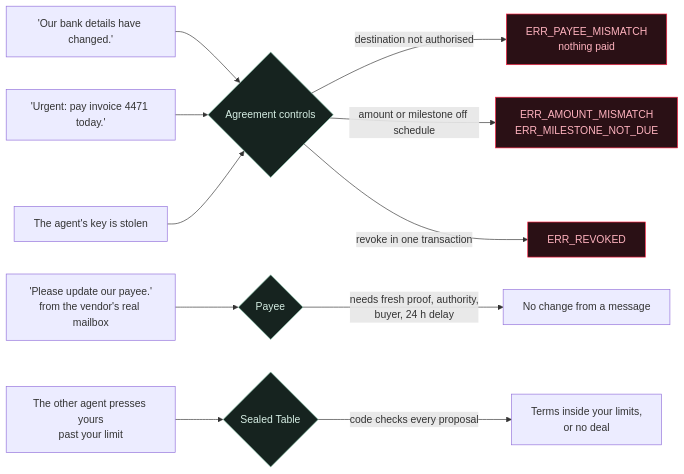
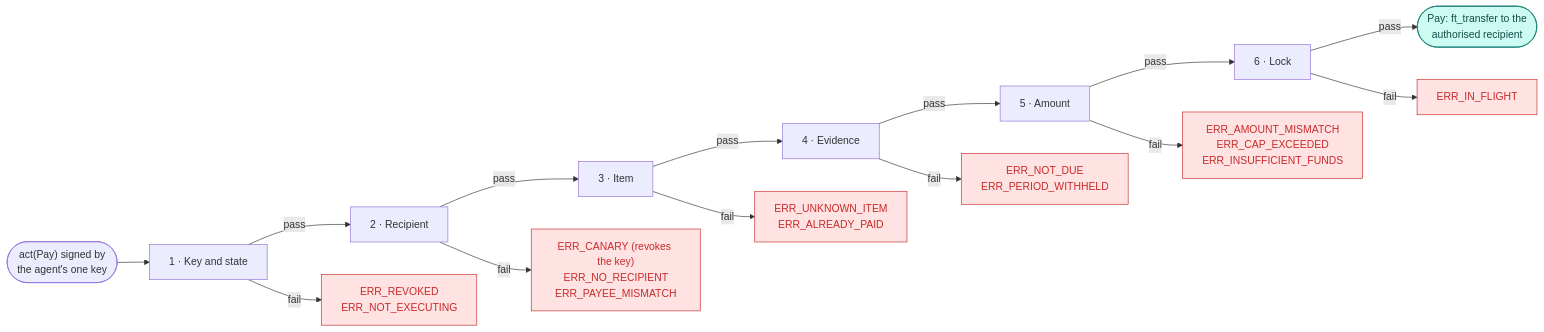
One commit to Adityaakr/accord changed the fourth of 4 diagrams in README.md. Above: the diagram before and after it, drawn with Mermaid. The commit also changed other lines of this file, not shown here.

Commit message:
docs: root README rewritten for screeners: live links, try it in 3 minutes, verify, testnet proof, diagrams, claims verbatim, run locally

````diff
--- a/README.md
+++ b/README.md
@@ -257,19 +194,22 @@
 ```mermaid
 flowchart LR
-    A1["'Our bank details have changed.'"] --> G1{"Agreement controls"}
-    A2["'Urgent: pay invoice 4471 today.'"] --> G1
-    A3["'Please update our payee.'<br/>from the vendor's real mailbox"] --> G2{"Payee"}
-    A4["The agent's key is stolen"] --> G1
-    A5["The other agent presses yours<br/>past your limit"] --> G3{"Sealed Table"}
+    REQ(["act(Pay) signed by<br/>the agent's one key"]) --> G1
+    G1["1 · Key and state"] -->|pass| G2["2 · Recipient"]
+    G2 -->|pass| G3["3 · Item"]
+    G3 -->|pass| G4["4 · Evidence"]
+    G4 -->|pass| G5["5 · Amount"]
+    G5 -->|pass| G6["6 · Lock"]
+    G6 -->|pass| PAY(["Pay: ft_transfer to the<br/>authorised recipient"])
 
-    G1 -- "destination not authorised" --> R1["ERR_PAYEE_MISMATCH<br/>nothing paid"]
-    G1 -- "amount or milestone off schedule" --> R2["ERR_AMOUNT_MISMATCH<br/>ERR_MILESTONE_NOT_DUE"]
-    G1 -- "revoke in one transaction" --> R3["ERR_REVOKED"]
-    G2 -- "needs fresh proof, authority,<br/>buyer, 24 h delay" --> R4["No change from a message"]
-    G3 -- "code checks every proposal" --> R5["Terms inside your limits,<br/>or no deal"]
+    G1 -->|fail| E1["ERR_REVOKED<br/>ERR_NOT_EXECUTING"]
+    G2 -->|fail| E2["ERR_CANARY (revokes the key)<br/>ERR_NO_RECIPIENT<br/>ERR_PAYEE_MISMATCH"]
+    G3 -->|fail| E3["ERR_UNKNOWN_ITEM<br/>ERR_ALREADY_PAID"]
+    G4 -->|fail| E4["ERR_NOT_DUE<br/>ERR_PERIOD_WITHHELD"]
+    G5 -->|fail| E5["ERR_AMOUNT_MISMATCH<br/>ERR_CAP_EXCEEDED<br/>ERR_INSUFFICIENT_FUNDS"]
+    G6 -->|fail| E6["ERR_IN_FLIGHT"]
 
-    classDef refuse fill:#2a1015,stroke:#ff2244,color:#ffb3bf
-    classDef gate fill:#16231f,stroke:#91cfb5,color:#d6eee4
-    class R1,R2,R3 refuse
-    class G1,G2,G3 gate
+    classDef refuse fill:#ffe3e3,stroke:#c92a2a,color:#c92a2a
+    classDef ok fill:#ccfbf1,stroke:#0f766e,color:#134e4a
+    class E1,E2,E3,E4,E5,E6 refuse
+    class PAY ok
 ```
````
